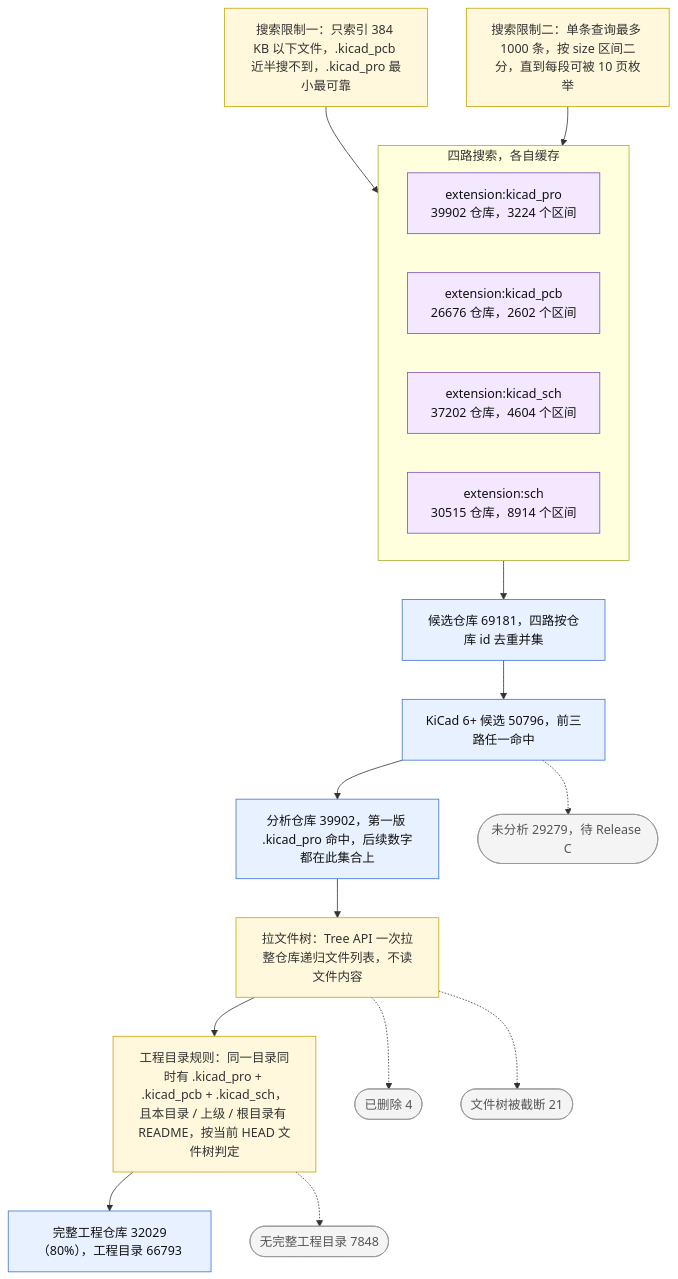
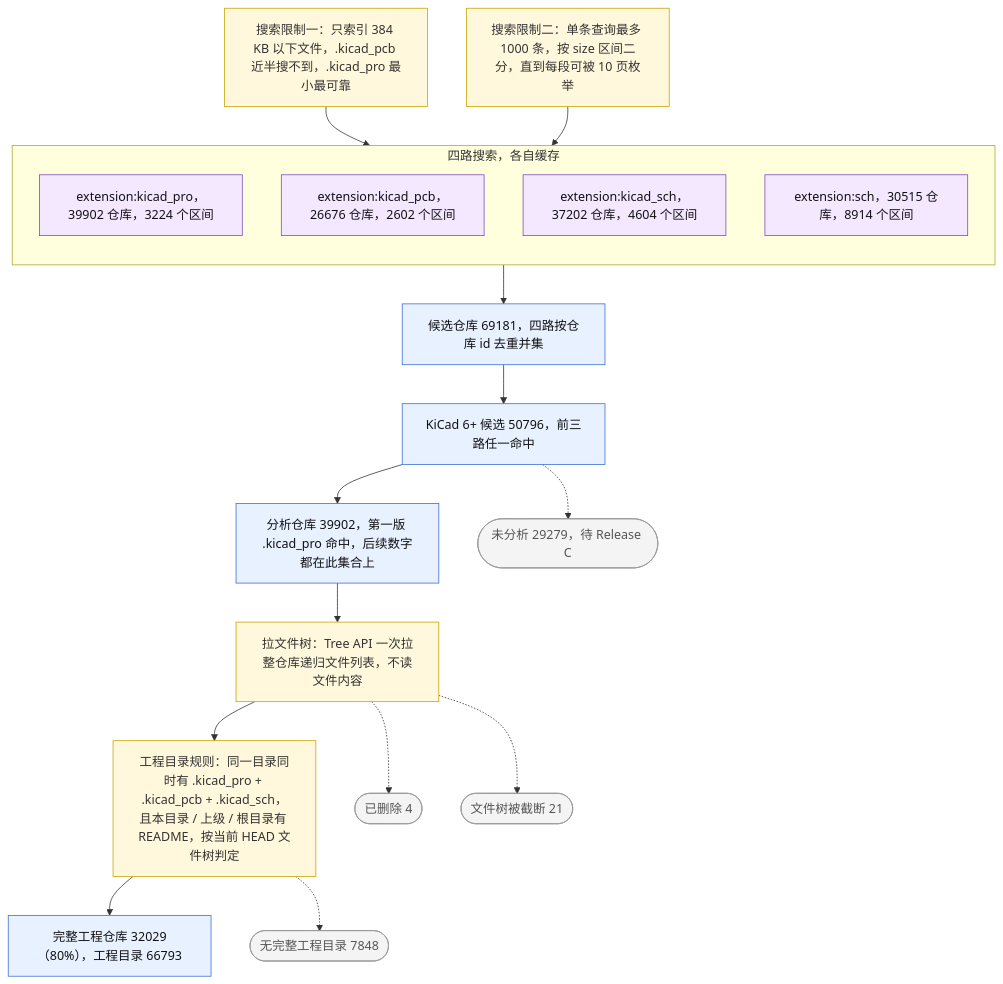
The second of 5 diagrams in reports/progress_report.md (Xiafyjck/github_kicad_project_scout), drawn with Mermaid before and after one commit. The commit also changed other lines of this file, not shown here.

````diff
--- a/reports/progress_report.md
+++ b/reports/progress_report.md
@@ -136,29 +136,29 @@
 ```mermaid
 flowchart TB
     classDef exit fill:#f4f4f4,stroke:#999,color:#555
     classDef keep fill:#e8f1ff,stroke:#3b6fd6,color:#111
     classDef src fill:#f3e8ff,stroke:#7c4dbd,color:#111
     classDef rule fill:#fff8dc,stroke:#c9a400,color:#333
 
     L1[搜索限制一：只索引 384 KB 以下文件，.kicad_pcb 近半搜不到，.kicad_pro 最小最可靠]:::rule
     L2[搜索限制二：单条查询最多 1000 条，按 size 区间二分，直到每段可被 10 页枚举]:::rule
     subgraph S[四路搜索，各自缓存]
-        direction LR
-        K1[extension:kicad_pro<br/>39902 仓库，3224 个区间]:::src
-        K2[extension:kicad_pcb<br/>26676 仓库，2602 个区间]:::src
-        K3[extension:kicad_sch<br/>37202 仓库，4604 个区间]:::src
-        K4[extension:sch<br/>30515 仓库，8914 个区间]:::src
+        direction TB
+        K1[extension:kicad_pro，39902 仓库，3224 个区间]:::src
+        K2[extension:kicad_pcb，26676 仓库，2602 个区间]:::src
+        K3[extension:kicad_sch，37202 仓库，4604 个区间]:::src
+        K4[extension:sch，30515 仓库，8914 个区间]:::src
     end
     L1 --> S
     L2 --> S
     S --> C[候选仓库 69181，四路按仓库 id 去重并集]:::keep
     C --> C6[KiCad 6+ 候选 50796，前三路任一命中]:::keep
     C6 --> A[分析仓库 39902，第一版 .kicad_pro 命中，后续数字都在此集合上]:::keep
     C6 -.-> CX([未分析 29279，待 Release C]):::exit
     A --> T[拉文件树：Tree API 一次拉整仓库递归文件列表，不读文件内容]:::rule
     T --> R[工程目录规则：同一目录同时有 .kicad_pro + .kicad_pcb + .kicad_sch，且本目录 / 上级 / 根目录有 README，按当前 HEAD 文件树判定]:::rule
     R --> Q[完整工程仓库 32029（80%），工程目录 66793]:::keep
     T -.-> AX1([已删除 4]):::exit
     T -.-> AX2([文件树被截断 21]):::exit
     R -.-> AX3([无完整工程目录 7848]):::exit
 ```
````
